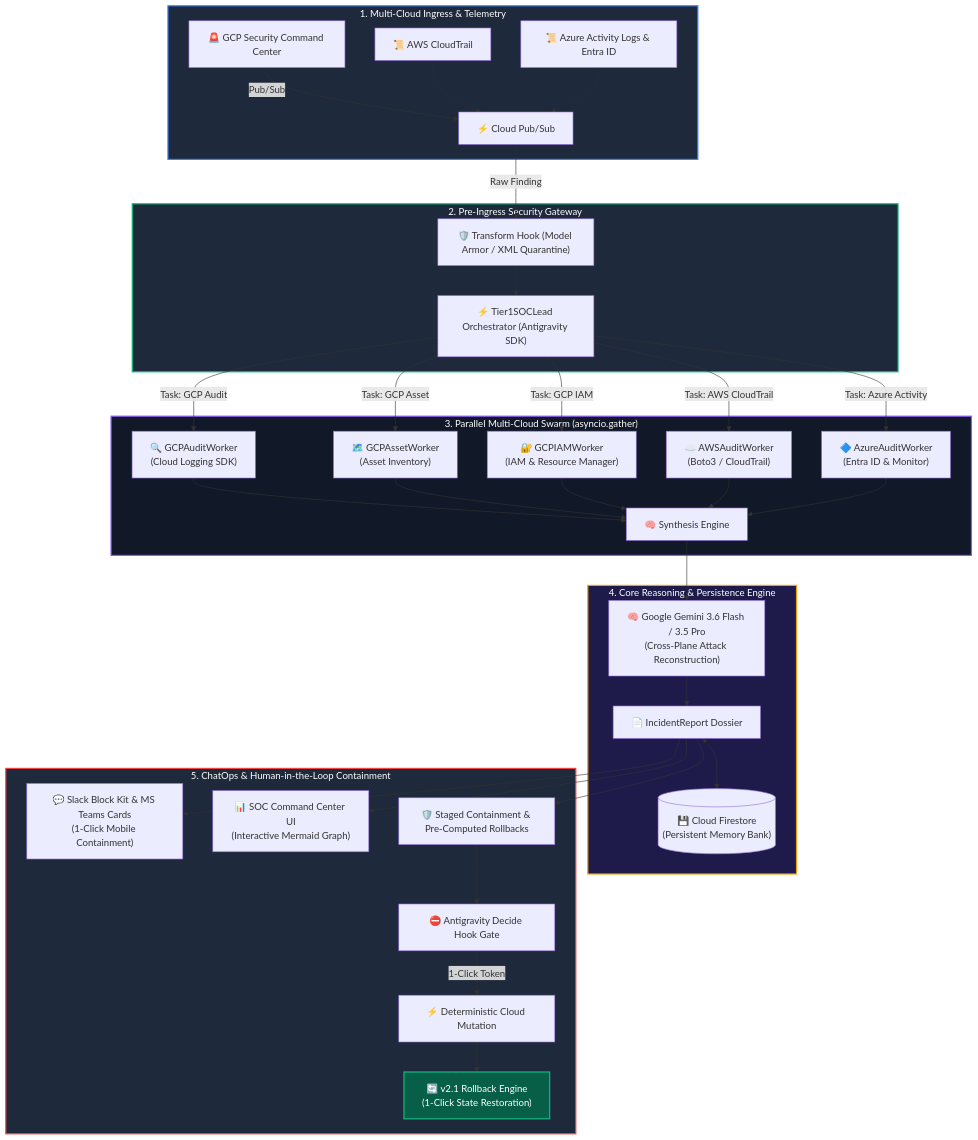
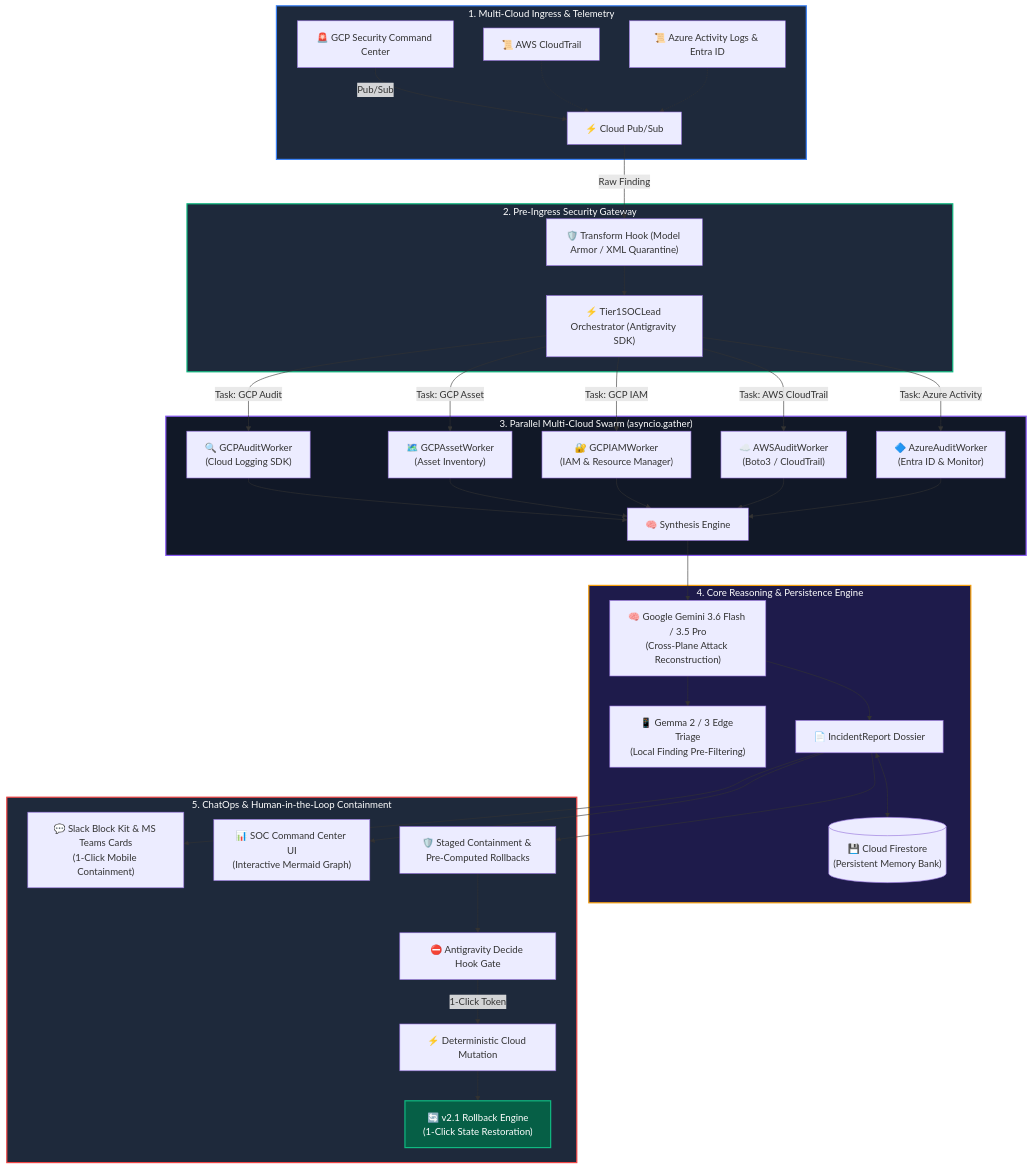
The diagram in README.md (suresh-zatch/AegisFleet), drawn with Mermaid before and after one commit. The commit also changed other lines of this file and 4 other files, not shown here.

````diff
--- a/README.md
+++ b/README.md
@@ -94,50 +106,51 @@
 ```mermaid
 graph TD
-    %% Ingestion Layer
+    %% Ingress Layer
     subgraph INGRESS ["1. Multi-Cloud Ingress & Telemetry"]
         SCC["🚨 GCP Security Command Center"] -->|Pub/Sub| PS["⚡ Cloud Pub/Sub"]
         AWS_CT["📜 AWS CloudTrail"] -.-> PS
         AZ_LOG["📜 Azure Activity Logs & Entra ID"] -.-> PS
     end
 
     %% Pre-Ingress Gateway
     subgraph SANITIZATION ["2. Pre-Ingress Security Gateway"]
         PS -->|Raw Finding| TH["🛡️ Transform Hook (Model Armor / XML Quarantine)"]
         TH --> ORCH["⚡ Tier1SOCLead Orchestrator (Antigravity SDK)"]
     end
 
     %% Parallel Multi-Cloud Swarm
     subgraph SWARM ["3. Parallel Multi-Cloud Swarm (asyncio.gather)"]
         ORCH -->|Task: GCP Audit| W_AUDIT["🔍 GCPAuditWorker<br/>(Cloud Logging SDK)"]
         ORCH -->|Task: GCP Asset| W_ASSET["🗺️ GCPAssetWorker<br/>(Asset Inventory)"]
         ORCH -->|Task: GCP IAM| W_IAM["🔐 GCPIAMWorker<br/>(IAM & Resource Manager)"]
         ORCH -->|Task: AWS CloudTrail| W_AWS["☁️ AWSAuditWorker<br/>(Boto3 / CloudTrail)"]
         ORCH -->|Task: Azure Activity| W_AZURE["🔷 AzureAuditWorker<br/>(Entra ID & Monitor)"]
         
         W_AUDIT & W_ASSET & W_IAM & W_AWS & W_AZURE --> SYNTH["🧠 Synthesis Engine"]
     end
 
     %% Brain & Persistence
     subgraph BRAIN ["4. Core Reasoning & Persistence Engine"]
         SYNTH --> GEMINI["🧠 Google Gemini 3.6 Flash / 3.5 Pro<br/>(Cross-Plane Attack Reconstruction)"]
+        GEMINI --> GEMMA["📱 Gemma 2 / 3 Edge Triage<br/>(Local Finding Pre-Filtering)"]
         GEMINI --> REPORT["📄 IncidentReport Dossier"]
         REPORT <--> FS[("💾 Cloud Firestore<br/>(Persistent Memory Bank)")]
     end
 
     %% ChatOps, Artifacts & Rollback
     subgraph OUTPUTS ["5. ChatOps & Human-in-the-Loop Containment"]
         REPORT --> SLACK["💬 Slack Block Kit & MS Teams Cards<br/>(1-Click Mobile Containment)"]
         REPORT --> DASH["📊 SOC Command Center UI<br/>(Interactive Mermaid Graph)"]
         REPORT --> STAGE["🛡️ Staged Containment & Pre-Computed Rollbacks"]
         STAGE --> DECIDE["⛔ Antigravity Decide Hook Gate"]
         DECIDE -->|1-Click Token| EXEC["⚡ Deterministic Cloud Mutation"]
         EXEC --> ROLLBACK["🔄 v2.1 Rollback Engine<br/>(1-Click State Restoration)"]
     end
 
     style INGRESS fill:#1e293b,stroke:#3b82f6,stroke-width:2px,color:#fff
     style SANITIZATION fill:#1e293b,stroke:#10b981,stroke-width:2px,color:#fff
     style SWARM fill:#111827,stroke:#8b5cf6,stroke-width:2px,color:#fff
     style BRAIN fill:#1e1b4b,stroke:#f59e0b,stroke-width:2px,color:#fff
     style OUTPUTS fill:#1e293b,stroke:#ef4444,stroke-width:2px,color:#fff
     style ROLLBACK fill:#065f46,stroke:#10b981,stroke-width:2px,color:#fff
 ```
````
